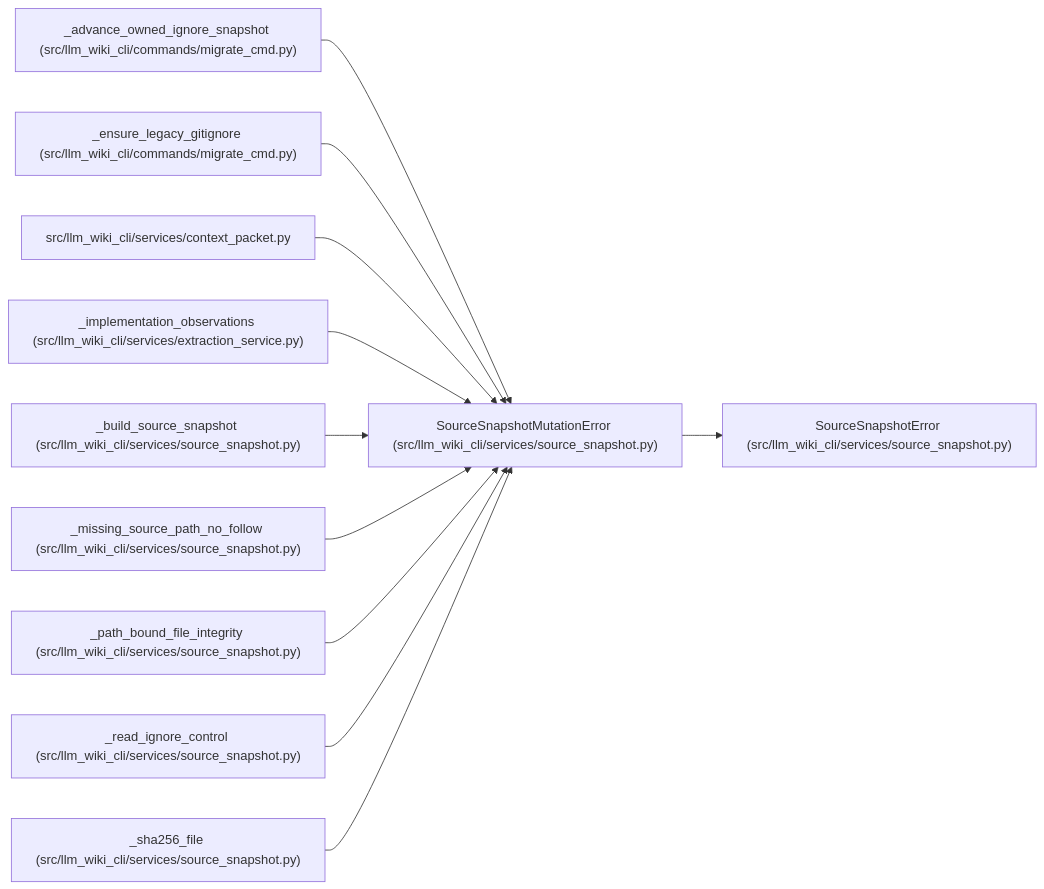
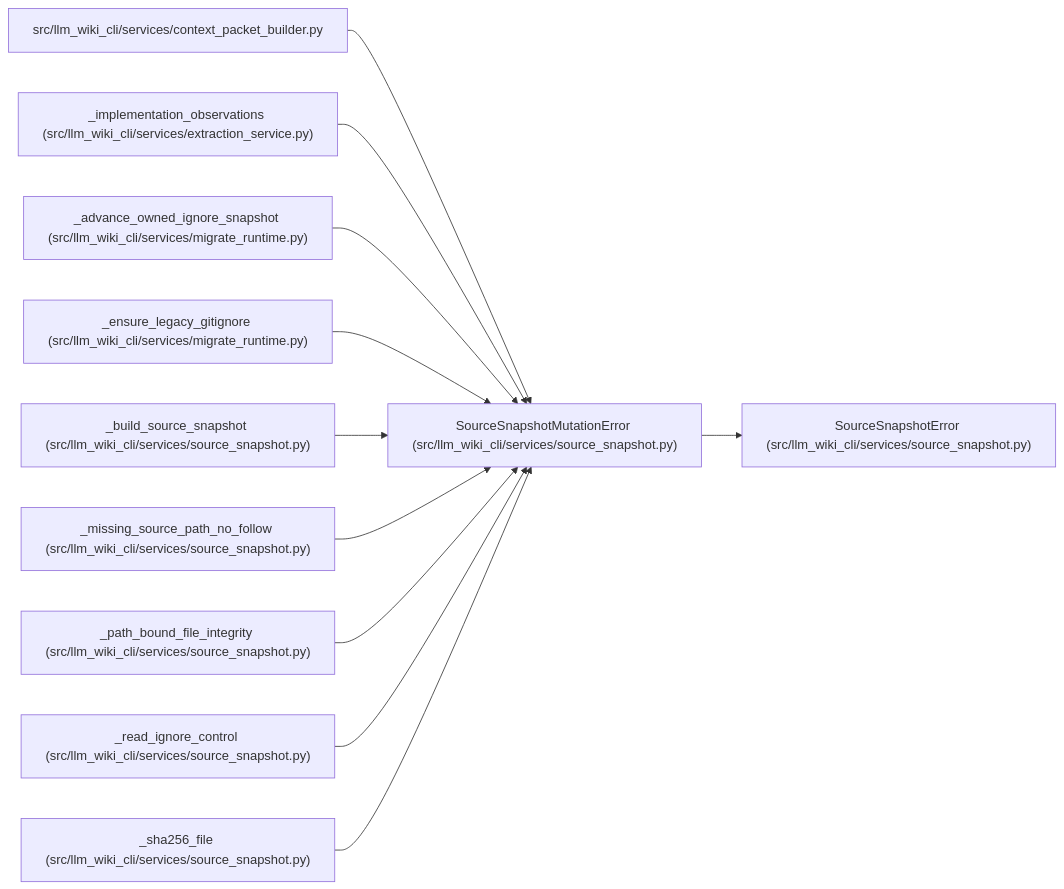
Before and after one commit to Denissvgn/python-wiki-llm: the diagram in docs/llm_wiki/entities/SourceSnapshotMutationError.md, drawn with Mermaid. The commit also changed other lines of this file and 1555 other files, not shown here.

````diff
--- a/docs/llm_wiki/entities/SourceSnapshotMutationError.md
+++ b/docs/llm_wiki/entities/SourceSnapshotMutationError.md
@@ -23,35 +23,35 @@
 ```mermaid
 flowchart LR
     n0["SourceSnapshotMutationError (src/llm_wiki_cli/services/source_snapshot.py)"]
     n1["SourceSnapshotError (src/llm_wiki_cli/services/source_snapshot.py)"]
-    n2["_advance_owned_ignore_snapshot (src/llm_wiki_cli/commands/migrate_cmd.py)"]
-    n3["_ensure_legacy_gitignore (src/llm_wiki_cli/commands/migrate_cmd.py)"]
-    n4["src/llm_wiki_cli/services/context_packet.py"]
-    n5["_implementation_observations (src/llm_wiki_cli/services/extraction_service.py)"]
+    n2["src/llm_wiki_cli/services/context_packet_builder.py"]
+    n3["_implementation_observations (src/llm_wiki_cli/services/extraction_service.py)"]
+    n4["_advance_owned_ignore_snapshot (src/llm_wiki_cli/services/migrate_runtime.py)"]
+    n5["_ensure_legacy_gitignore (src/llm_wiki_cli/services/migrate_runtime.py)"]
     n6["_build_source_snapshot (src/llm_wiki_cli/services/source_snapshot.py)"]
     n7["_missing_source_path_no_follow (src/llm_wiki_cli/services/source_snapshot.py)"]
     n8["_path_bound_file_integrity (src/llm_wiki_cli/services/source_snapshot.py)"]
     n9["_read_ignore_control (src/llm_wiki_cli/services/source_snapshot.py)"]
     n10["_sha256_file (src/llm_wiki_cli/services/source_snapshot.py)"]
     n0 --> n1
     n2 --> n0
     n3 --> n0
     n4 --> n0
     n5 --> n0
     n6 --> n0
     n7 --> n0
     n8 --> n0
     n9 --> n0
     n10 --> n0
     click n0 "../modules/source_snapshot.md"
     click n1 "../modules/source_snapshot.md"
-    click n2 "../modules/migrate_cmd.md"
-    click n3 "../modules/migrate_cmd.md"
-    click n4 "../modules/context_packet.md"
-    click n5 "../modules/extraction_service.md"
+    click n2 "../modules/context_packet_builder.md"
+    click n3 "../modules/extraction_service.md"
+    click n4 "../modules/migrate_runtime.md"
+    click n5 "../modules/migrate_runtime.md"
     click n6 "../modules/source_snapshot.md"
     click n7 "../modules/source_snapshot.md"
     click n8 "../modules/source_snapshot.md"
     click n9 "../modules/source_snapshot.md"
     click n10 "../modules/source_snapshot.md"
 ```
````
